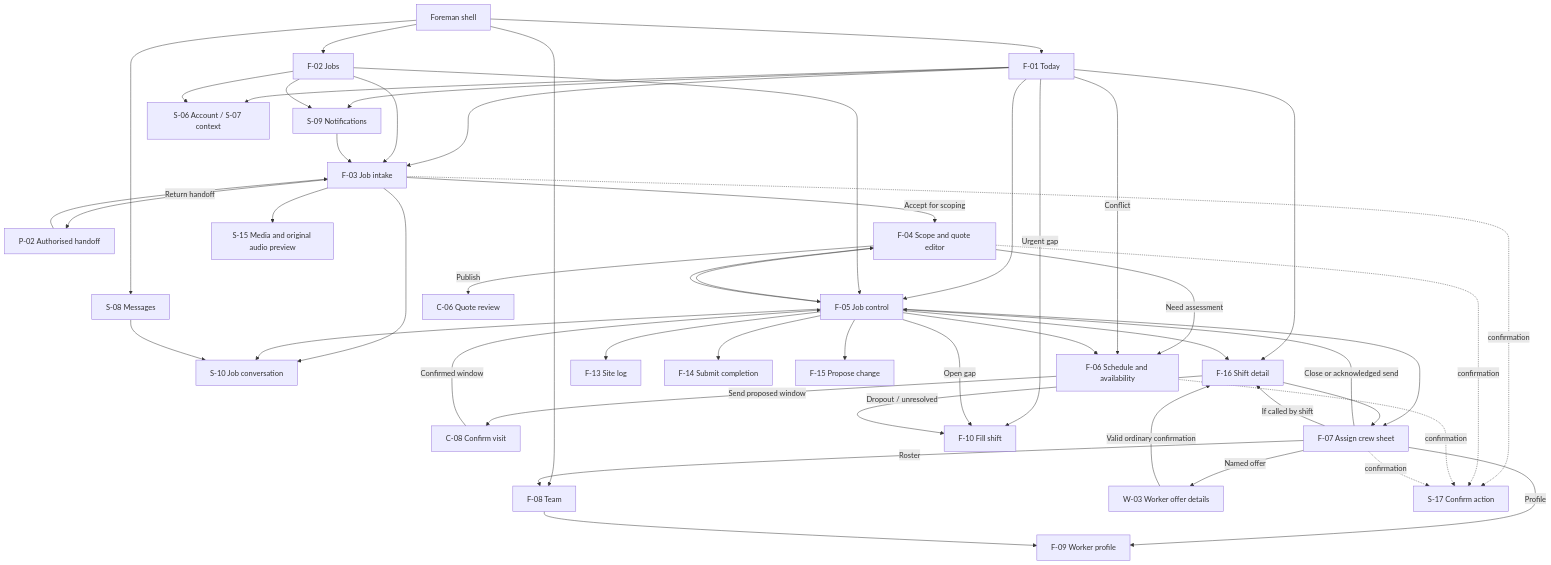
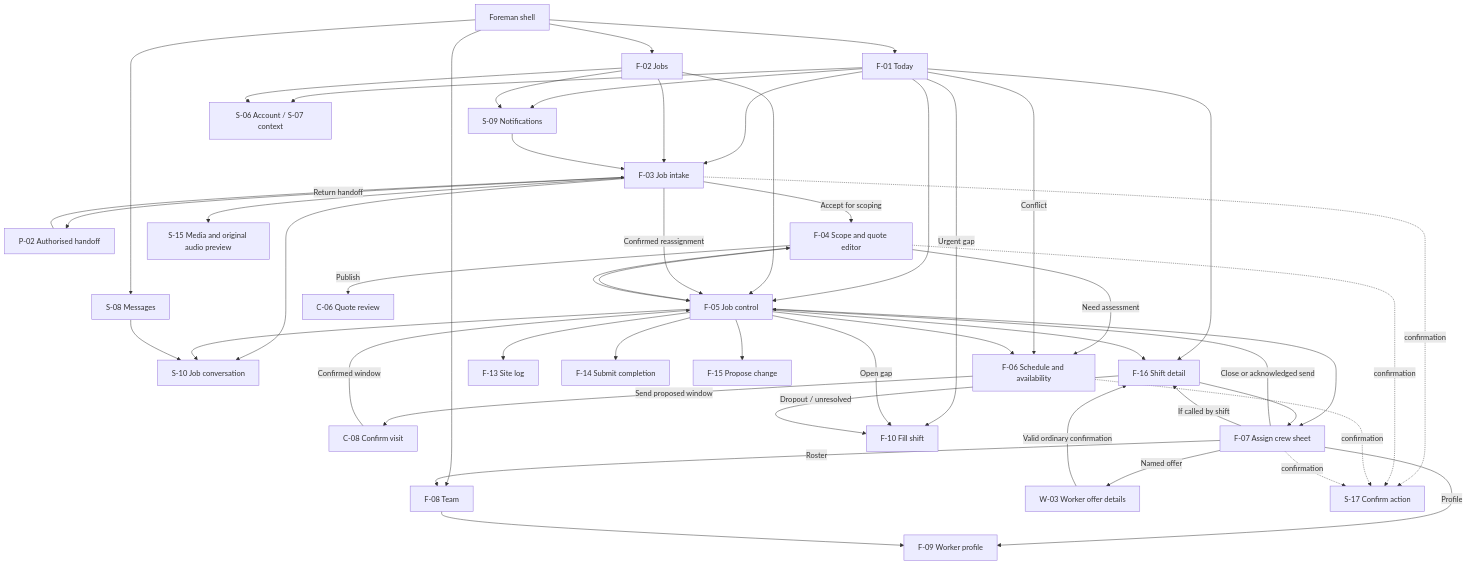
Before and after one commit to Artimunor/bookbuddy: the diagram in design/screens/foreman/F-01_F-07-specs.md, drawn with Mermaid. The commit also changed other lines of this file and 49 other files, not shown here.

````diff
--- a/design/screens/foreman/F-01_F-07-specs.md
+++ b/design/screens/foreman/F-01_F-07-specs.md
@@ -125,52 +131,53 @@
 ```mermaid
 flowchart TD
     Shell[Foreman shell] --> Today[F-01 Today]
     Shell --> Jobs[F-02 Jobs]
     Shell --> Team[F-08 Team]
     Shell --> Messages[S-08 Messages]
     Today --> Bell[S-09 Notifications]
     Jobs --> Bell
     Today --> Account[S-06 Account / S-07 context]
     Jobs --> Account
     Today --> Intake[F-03 Job intake]
     Jobs --> Intake
     Bell --> Intake
     Handoff[P-02 Authorised handoff] --> Intake
     Today --> Control[F-05 Job control]
     Jobs --> Control
     Intake -->|Accept for scoping| Quote[F-04 Scope and quote editor]
+    Intake -->|Confirmed reassignment| Control
     Intake --> Chat[S-10 Job conversation]
     Intake --> Media[S-15 Media and original audio preview]
     Intake -->|Return handoff| Handoff
     Quote -->|Publish| CustomerQuote[C-06 Quote review]
     Quote --> Control
     Control --> Quote
     Quote -->|Need assessment| Schedule[F-06 Schedule and availability]
     Today -->|Conflict| Schedule
     Control --> Schedule
     Schedule -->|Send proposed window| CustomerSchedule[C-08 Confirm visit]
     CustomerSchedule -->|Confirmed window| Control
     Today --> Shift[F-16 Shift detail]
     Control --> Shift
     Control --> Assign[F-07 Assign crew sheet]
     Shift --> Assign
     Assign -->|Profile| Profile[F-09 Worker profile]
     Assign -->|Roster| Team
     Team --> Profile
     Assign -->|Named offer| Worker[W-03 Worker offer details]
     Assign -->|Close or acknowledged send| Control
     Assign -->|If called by shift| Shift
     Worker -->|Valid ordinary confirmation| Shift
     Today -->|Urgent gap| Gap[F-10 Fill shift]
     Control -->|Open gap| Gap
     Shift -->|Dropout / unresolved| Gap
     Control --> Log[F-13 Site log]
     Control --> Complete[F-14 Submit completion]
     Control --> Change[F-15 Propose change]
     Control --> Chat
     Messages --> Chat
     Intake -. confirmation .-> Confirm[S-17 Confirm action]
     Quote -. confirmation .-> Confirm
     Schedule -. confirmation .-> Confirm
     Assign -. confirmation .-> Confirm
 ```
````
